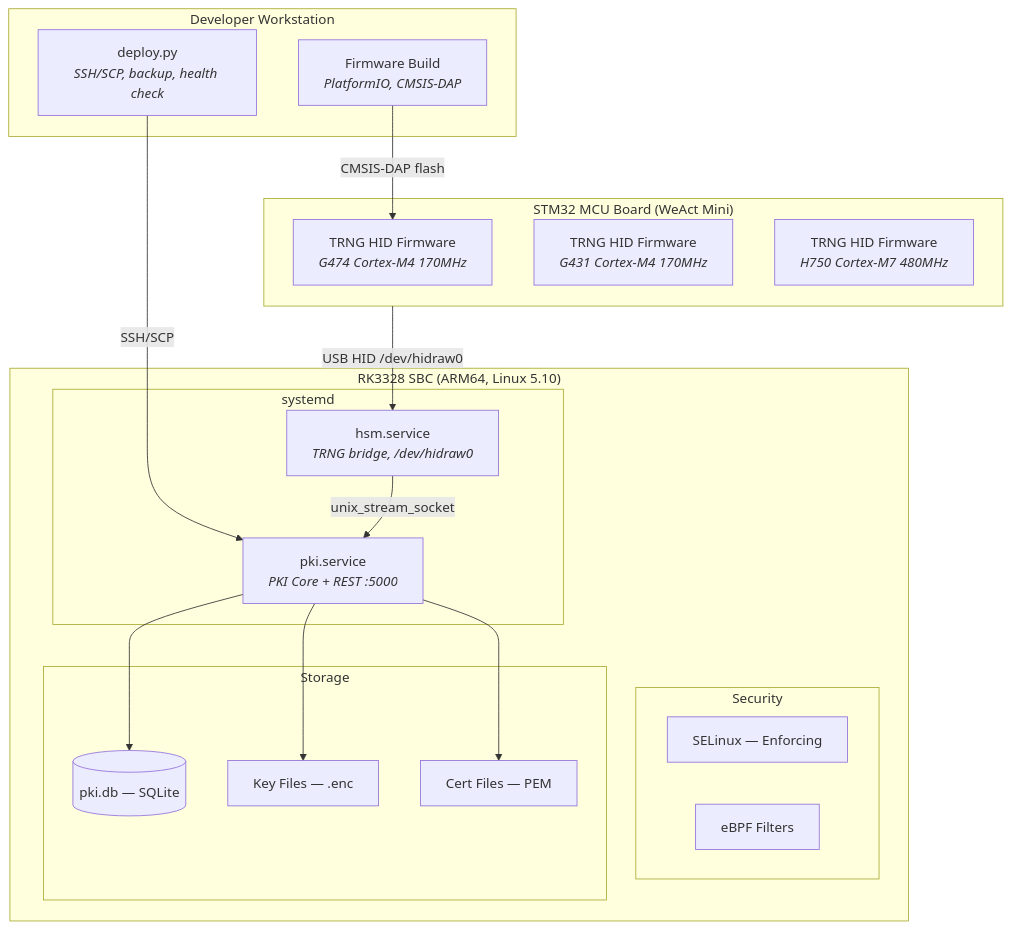
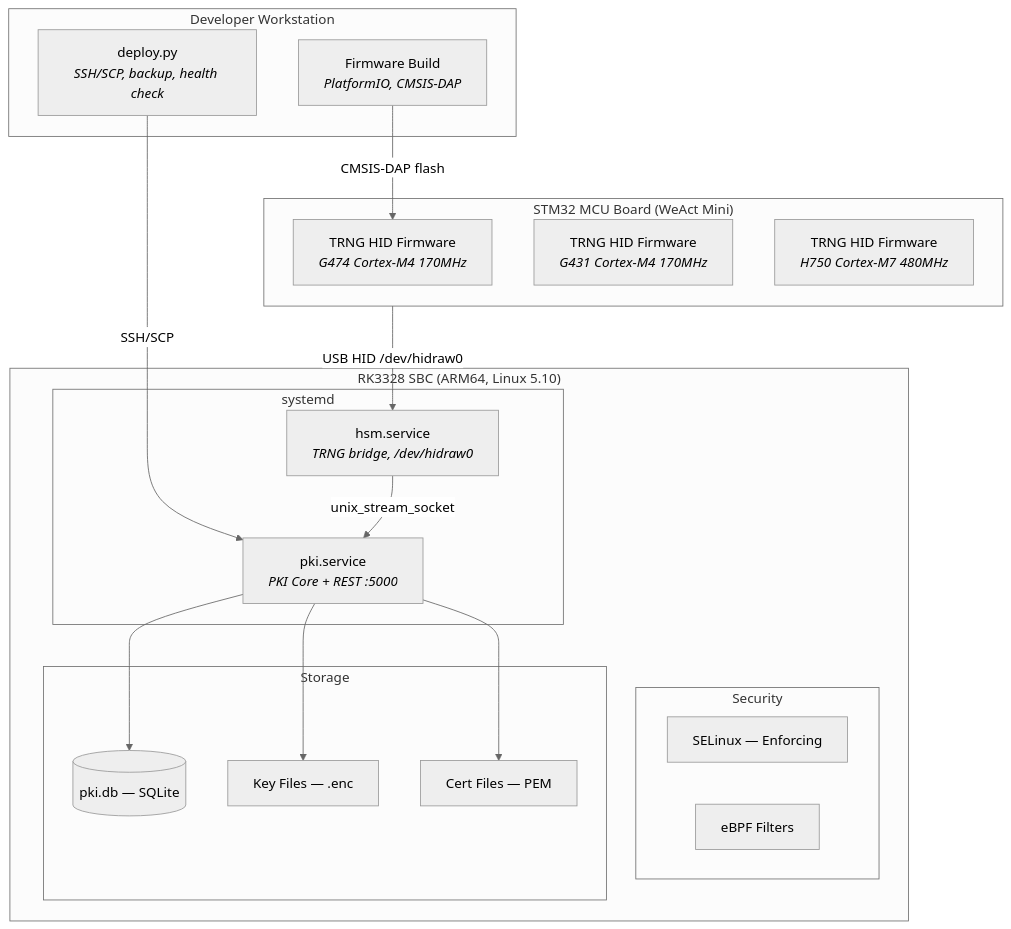
Before and after one commit to vasilievsv/hw.pki-on-box: the diagram in docs/DEPLOYMENT_DIAGRAM.md, drawn with Mermaid. The commit also changed 4 other files, not shown here.

Commit message:
docs: mermaid neutral theme (black on white)

````diff
--- a/docs/DEPLOYMENT_DIAGRAM.md
+++ b/docs/DEPLOYMENT_DIAGRAM.md
@@ -7,35 +7,36 @@
 ```mermaid
+%%{init: {'theme': 'neutral'}}%%
 graph TB
     subgraph dev ["Developer Workstation"]
         fw_build["Firmware Build<br/><i>PlatformIO, CMSIS-DAP</i>"]
         deployer["deploy.py<br/><i>SSH/SCP, backup, health check</i>"]
     end
 
     subgraph stm32_node ["STM32 MCU Board (WeAct Mini)"]
         fw_g474["TRNG HID Firmware<br/><i>G474 Cortex-M4 170MHz</i>"]
         fw_g431["TRNG HID Firmware<br/><i>G431 Cortex-M4 170MHz</i>"]
         fw_h750["TRNG HID Firmware<br/><i>H750 Cortex-M7 480MHz</i>"]
     end
 
     subgraph rk3328_node ["RK3328 SBC (ARM64, Linux 5.10)"]
         subgraph security_layer ["Security"]
             selinux_d["SELinux — Enforcing"]
             ebpf_d["eBPF Filters"]
         end
         subgraph systemd_layer ["systemd"]
             pki_svc["pki.service<br/><i>PKI Core + REST :5000</i>"]
             hsm_svc["hsm.service<br/><i>TRNG bridge, /dev/hidraw0</i>"]
         end
         subgraph storage_node ["Storage"]
             db_d[("pki.db — SQLite")]
             keys_d["Key Files — .enc"]
             certs_d["Cert Files — PEM"]
         end
     end
 
     fw_build -->|"CMSIS-DAP flash"| fw_g474
     deployer -->|"SSH/SCP"| pki_svc
     stm32_node -->|"USB HID /dev/hidraw0"| hsm_svc
     hsm_svc -->|"unix_stream_socket"| pki_svc
     pki_svc --> db_d & keys_d & certs_d
 ```
````
